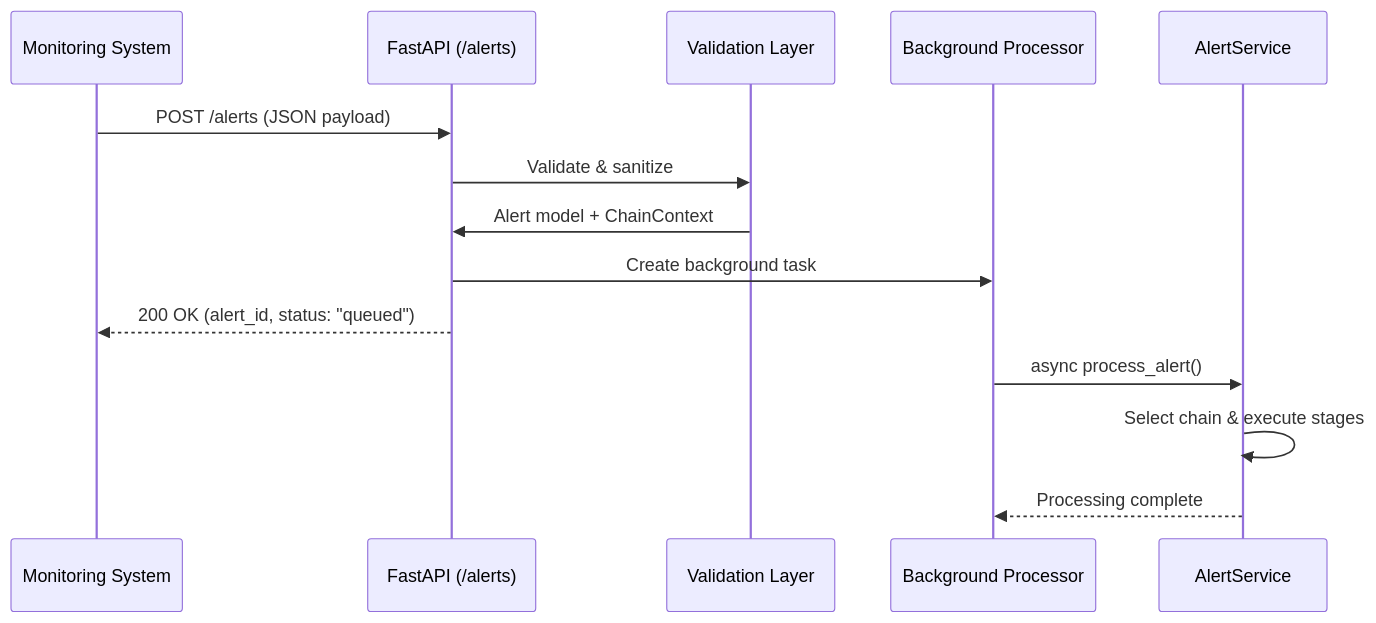
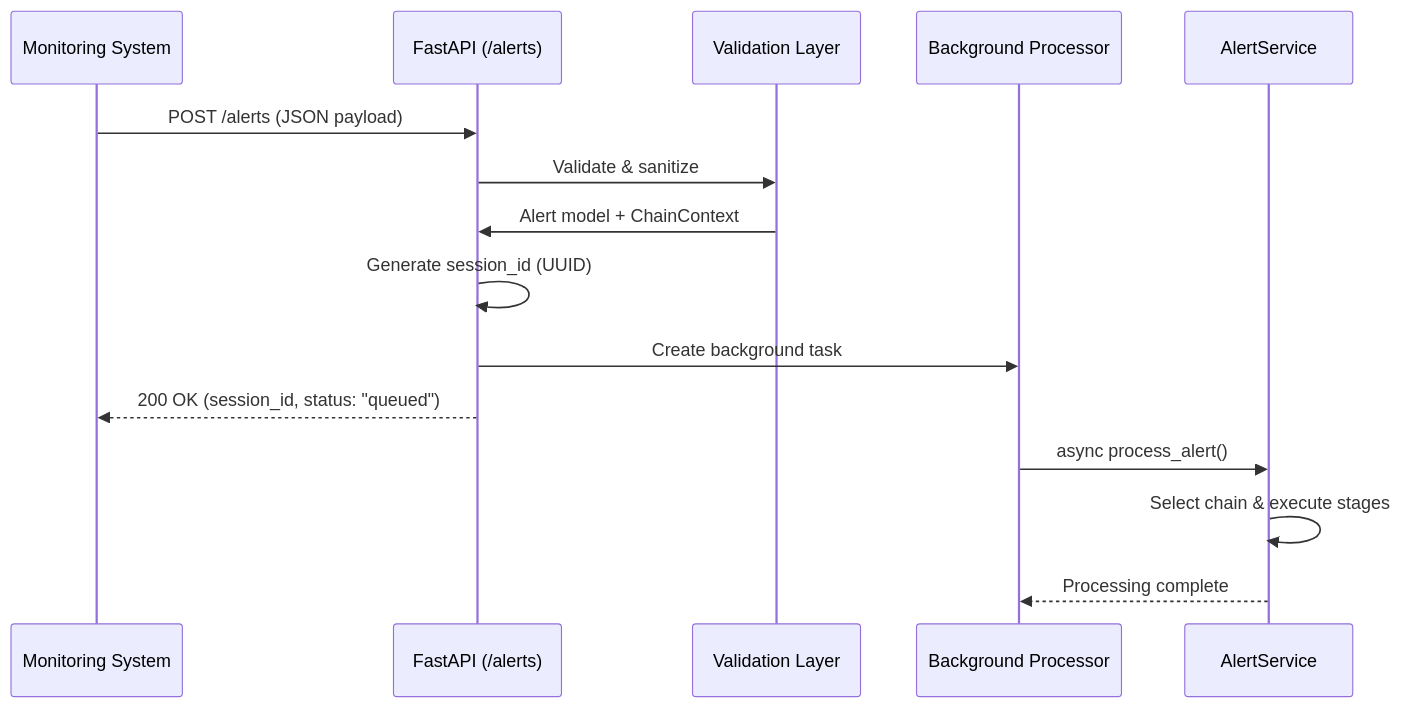
Before and after one commit to rsoaresd/tarsy-bot: the first of 13 diagrams in docs/functional-areas-design.md, drawn with Mermaid. The commit also changed other lines of this file and 48 other files, not shown here.

````diff
--- a/docs/functional-areas-design.md
+++ b/docs/functional-areas-design.md
@@ -64,18 +64,19 @@
 ```mermaid
 sequenceDiagram
     participant Client as Monitoring System
     participant API as FastAPI (/alerts)
     participant Val as Validation Layer
     participant BG as Background Processor
     participant AS as AlertService
     
     Client->>API: POST /alerts (JSON payload)
     API->>Val: Validate & sanitize
     Val->>API: Alert model + ChainContext
+    API->>API: Generate session_id (UUID)
     API->>BG: Create background task
-    API-->>Client: 200 OK (alert_id, status: "queued")
+    API-->>Client: 200 OK (session_id, status: "queued")
     
     BG->>AS: async process_alert()
     AS->>AS: Select chain & execute stages
     AS-->>BG: Processing complete
 ```
````
